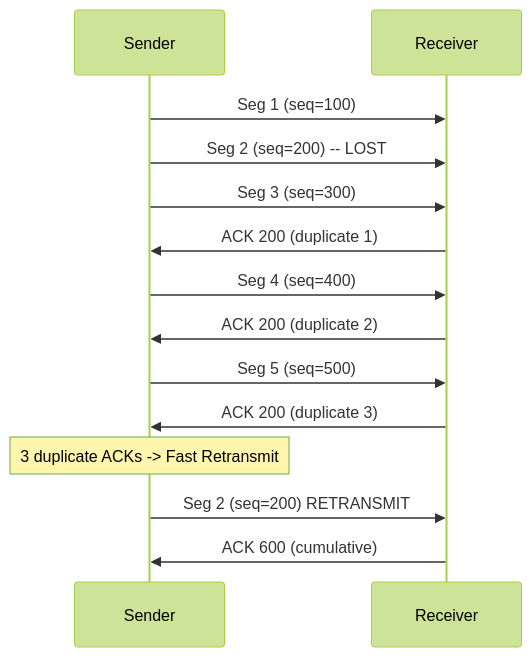
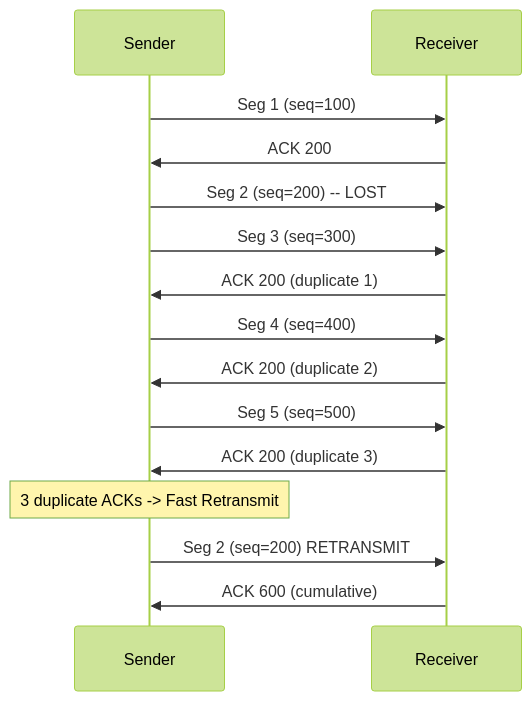
One commit to Choroning/25Spring_Computer-Networks changed the third of 4 diagrams in Lecture-Notes/Ch15_TCP/Concepts_Lecture.ko.md. Above: the diagram before and after it, drawn with Mermaid (forest theme). The commit also changed other lines of this file and 31 other files, not shown here.

````diff
--- a/Lecture-Notes/Ch15_TCP/Concepts_Lecture.ko.md
+++ b/Lecture-Notes/Ch15_TCP/Concepts_Lecture.ko.md
@@ -332,17 +352,18 @@
 ```mermaid
 sequenceDiagram
     participant S as Sender
     participant R as Receiver
 
     S->>R: Seg 1 (seq=100)
+    R->>S: ACK 200
     S->>R: Seg 2 (seq=200) -- LOST
     S->>R: Seg 3 (seq=300)
     R->>S: ACK 200 (duplicate 1)
     S->>R: Seg 4 (seq=400)
     R->>S: ACK 200 (duplicate 2)
     S->>R: Seg 5 (seq=500)
     R->>S: ACK 200 (duplicate 3)
     Note over S: 3 duplicate ACKs -> Fast Retransmit
     S->>R: Seg 2 (seq=200) RETRANSMIT
     R->>S: ACK 600 (cumulative)
 ```
````
